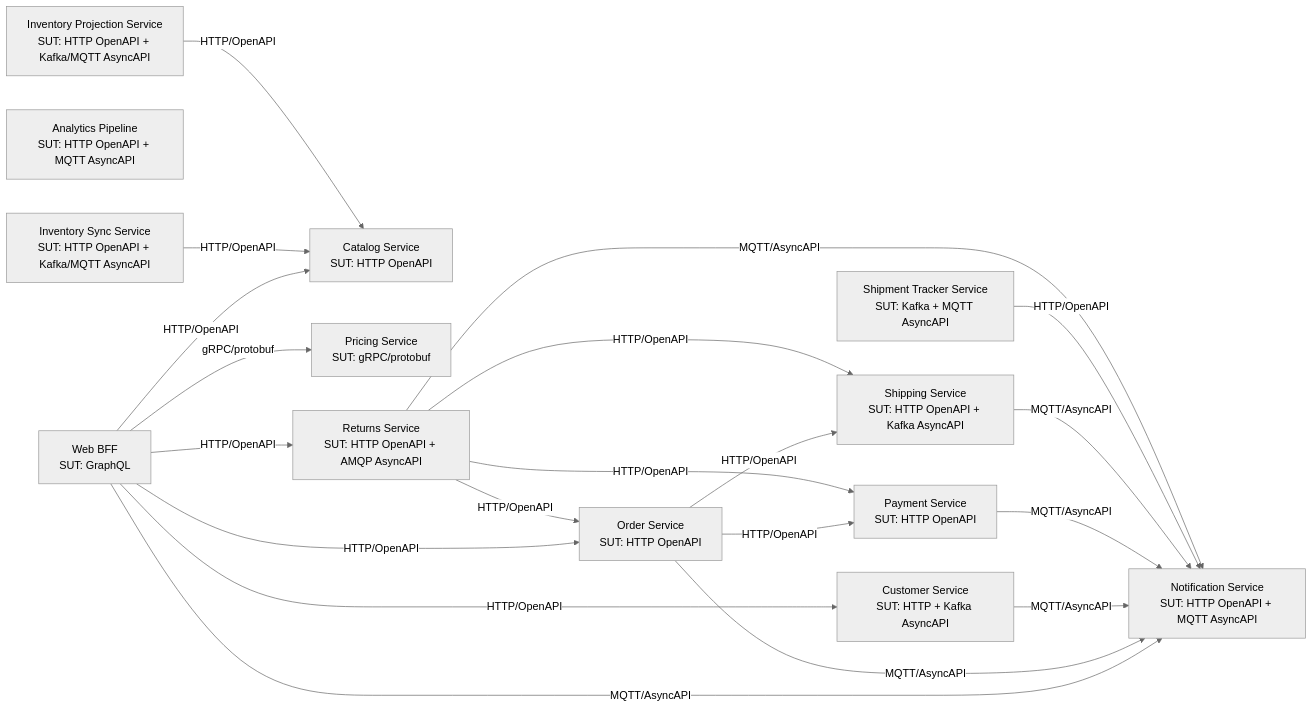
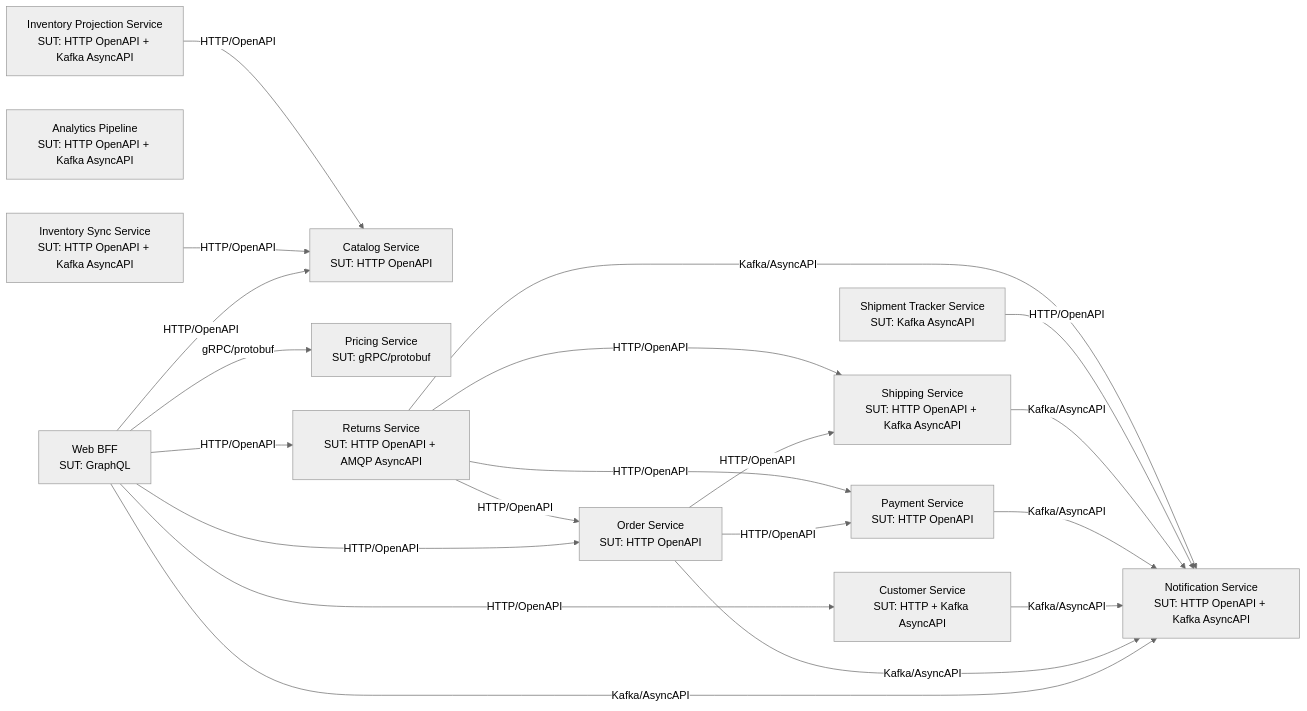
The diagram in service-architecture.md (specmatic-demo/.github), drawn with Mermaid (neutral theme) before and after one commit. The commit also changed other lines of this file and 12 other files, not shown here.

Commit message:
migrate repos from mqtt to kafka

````diff
--- a/service-architecture.md
+++ b/service-architecture.md
@@ -7,38 +7,38 @@
 ```mermaid
 flowchart LR
   WBFF["Web BFF<br/>SUT: GraphQL"]
   CUST["Customer Service<br/>SUT: HTTP + Kafka AsyncAPI"]
   CATA["Catalog Service<br/>SUT: HTTP OpenAPI"]
   ORD["Order Service<br/>SUT: HTTP OpenAPI"]
   PAY["Payment Service<br/>SUT: HTTP OpenAPI"]
   SHIP["Shipping Service<br/>SUT: HTTP OpenAPI + Kafka AsyncAPI"]
   PRICE["Pricing Service<br/>SUT: gRPC/protobuf"]
-  NOTIF["Notification Service<br/>SUT: HTTP OpenAPI + MQTT AsyncAPI"]
-  ANALYTICS["Analytics Pipeline<br/>SUT: HTTP OpenAPI + MQTT AsyncAPI"]
-  INVSYNC["Inventory Sync Service<br/>SUT: HTTP OpenAPI + Kafka/MQTT AsyncAPI"]
-  SHPTRK["Shipment Tracker Service<br/>SUT: Kafka + MQTT AsyncAPI"]
+  NOTIF["Notification Service<br/>SUT: HTTP OpenAPI + Kafka AsyncAPI"]
+  ANALYTICS["Analytics Pipeline<br/>SUT: HTTP OpenAPI + Kafka AsyncAPI"]
+  INVSYNC["Inventory Sync Service<br/>SUT: HTTP OpenAPI + Kafka AsyncAPI"]
+  SHPTRK["Shipment Tracker Service<br/>SUT: Kafka AsyncAPI"]
   RET["Returns Service<br/>SUT: HTTP OpenAPI + AMQP AsyncAPI"]
-  INVPROJ["Inventory Projection Service<br/>SUT: HTTP OpenAPI + Kafka/MQTT AsyncAPI"]
+  INVPROJ["Inventory Projection Service<br/>SUT: HTTP OpenAPI + Kafka AsyncAPI"]
 
   WBFF -->|"HTTP/OpenAPI"| CUST
   WBFF -->|"HTTP/OpenAPI"| CATA
   WBFF -->|"HTTP/OpenAPI"| ORD
   WBFF -->|"HTTP/OpenAPI"| RET
   WBFF -->|"gRPC/protobuf"| PRICE
-  WBFF -->|"MQTT/AsyncAPI"| NOTIF
+  WBFF -->|"Kafka/AsyncAPI"| NOTIF
 
   ORD -->|"HTTP/OpenAPI"| PAY
   ORD -->|"HTTP/OpenAPI"| SHIP
-  ORD -->|"MQTT/AsyncAPI"| NOTIF
+  ORD -->|"Kafka/AsyncAPI"| NOTIF
 
-  CUST -->|"MQTT/AsyncAPI"| NOTIF
-  PAY -->|"MQTT/AsyncAPI"| NOTIF
-  SHIP -->|"MQTT/AsyncAPI"| NOTIF
+  CUST -->|"Kafka/AsyncAPI"| NOTIF
+  PAY -->|"Kafka/AsyncAPI"| NOTIF
+  SHIP -->|"Kafka/AsyncAPI"| NOTIF
   INVSYNC -->|"HTTP/OpenAPI"| CATA
   SHPTRK -->|"HTTP/OpenAPI"| NOTIF
   RET -->|"HTTP/OpenAPI"| ORD
   RET -->|"HTTP/OpenAPI"| PAY
   RET -->|"HTTP/OpenAPI"| SHIP
-  RET -->|"MQTT/AsyncAPI"| NOTIF
+  RET -->|"Kafka/AsyncAPI"| NOTIF
   INVPROJ -->|"HTTP/OpenAPI"| CATA
 ```
````
